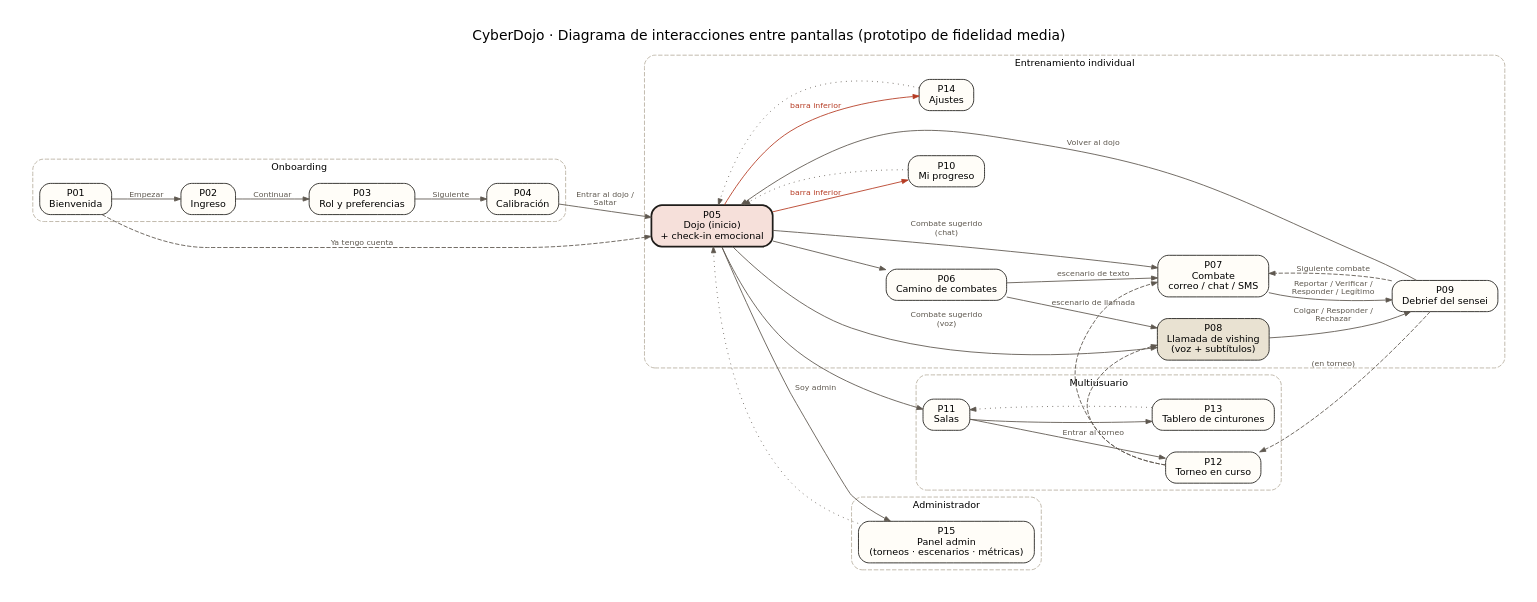
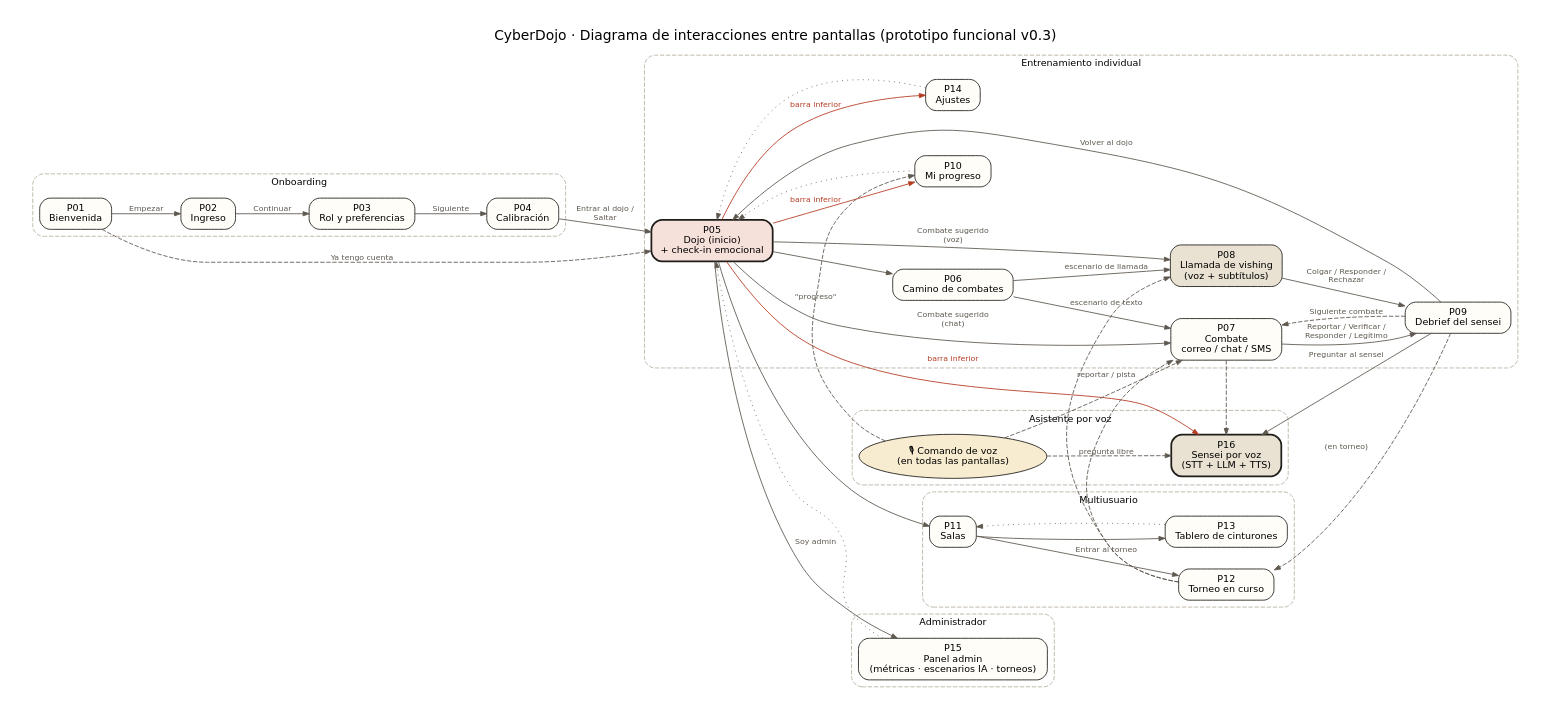
The diagram in docs/diagramas/interacciones.dot (FloresVillar/cc451-IHC-grupo15-cyberdojo), drawn with Graphviz before and after one commit. The commit also changed 8 other files, not shown here.

```diff
--- a/docs/diagramas/interacciones.dot
+++ b/docs/diagramas/interacciones.dot
@@ -1,27 +1,32 @@
 digraph G {
-  graph [rankdir=LR, fontname="DejaVu Sans", nodesep=0.35, ranksep=0.55, bgcolor="white", pad=0.3, label="CyberDojo · Diagrama de interacciones entre pantallas (prototipo de fidelidad media)", labelloc=t, fontsize=16];
+  graph [rankdir=LR, fontname="DejaVu Sans", nodesep=0.35, ranksep=0.55, bgcolor="white", pad=0.3, label="CyberDojo · Diagrama de interacciones entre pantallas (prototipo funcional v0.3)", labelloc=t, fontsize=16];
   node  [shape=box, style="rounded,filled", fillcolor="#fffdf8", color="#1f1d1a", fontname="DejaVu Sans", fontsize=11, margin="0.15,0.08"];
   edge  [fontname="DejaVu Sans", fontsize=9, color="#5e584f", fontcolor="#5e584f", arrowsize=0.7];
 
   subgraph cluster_on { label="Onboarding"; style="rounded,dashed"; color="#b9b1a2"; fontsize=11;
     P01 [label="P01\nBienvenida"]; P02 [label="P02\nIngreso"]; P03 [label="P03\nRol y preferencias"]; P04 [label="P04\nCalibración"]; }
   subgraph cluster_core { label="Entrenamiento individual"; style="rounded,dashed"; color="#b9b1a2"; fontsize=11;
     P05 [label="P05\nDojo (inicio)\n+ check-in emocional", fillcolor="#f6e0da", penwidth=2];
     P06 [label="P06\nCamino de combates"];
     P07 [label="P07\nCombate\ncorreo / chat / SMS"]; P08 [label="P08\nLlamada de vishing\n(voz + subtítulos)", fillcolor="#e9e2d2"];
     P09 [label="P09\nDebrief del sensei"]; P10 [label="P10\nMi progreso"]; P14 [label="P14\nAjustes"]; }
   subgraph cluster_multi { label="Multiusuario"; style="rounded,dashed"; color="#b9b1a2"; fontsize=11;
     P11 [label="P11\nSalas"]; P12 [label="P12\nTorneo en curso"]; P13 [label="P13\nTablero de cinturones"]; }
   subgraph cluster_admin { label="Administrador"; style="rounded,dashed"; color="#b9b1a2"; fontsize=11;
-    P15 [label="P15\nPanel admin\n(torneos · escenarios · métricas)"]; }
+    P15 [label="P15\nPanel admin\n(métricas · escenarios IA · torneos)"]; }
+  subgraph cluster_voz { label="Asistente por voz"; style="rounded,dashed"; color="#b9b1a2"; fontsize=11;
+    P16 [label="P16\nSensei por voz\n(STT + LLM + TTS)", fillcolor="#e9e2d2", penwidth=2];
+    MIC [label="🎙 Comando de voz\n(en todas las pantallas)", shape=ellipse, fillcolor="#f8ecd0"]; }
 
   P01 -> P02 [label="Empezar"]; P01 -> P05 [label="Ya tengo cuenta", style=dashed];
   P02 -> P03 [label="Continuar"]; P03 -> P04 [label="Siguiente"]; P04 -> P05 [label="Entrar al dojo /\nSaltar"];
   P05 -> P07 [label="Combate sugerido\n(chat)"]; P05 -> P08 [label="Combate sugerido\n(voz)"]; P05 -> P06; P05 -> P11; P05 -> P15 [label="Soy admin"];
   P06 -> P07 [label="escenario de texto"]; P06 -> P08 [label="escenario de llamada"];
   P07 -> P09 [label="Reportar / Verificar /\nResponder / Legítimo"]; P08 -> P09 [label="Colgar / Responder /\nRechazar"];
   P09 -> P07 [label="Siguiente combate", style=dashed]; P09 -> P05 [label="Volver al dojo"]; P09 -> P12 [label="(en torneo)", style=dashed];
   P11 -> P12 [label="Entrar al torneo"]; P11 -> P13; P12 -> P07 [style=dashed]; P12 -> P08 [style=dashed];
   P05 -> P10 [label="barra inferior", color="#b53a22", fontcolor="#b53a22"]; P05 -> P14 [label="barra inferior", color="#b53a22", fontcolor="#b53a22"];
+  P05 -> P16 [label="barra inferior", color="#b53a22", fontcolor="#b53a22"]; P09 -> P16 [label="Preguntar al sensei"]; P07 -> P16 [style=dashed];
+  MIC -> P16 [label="pregunta libre", style=dashed]; MIC -> P07 [label="reportar / pista", style=dashed]; MIC -> P10 [label="\"progreso\"", style=dashed];
   P10 -> P05 [style=dotted]; P14 -> P05 [style=dotted]; P13 -> P11 [style=dotted]; P15 -> P05 [style=dotted];
 }
```
